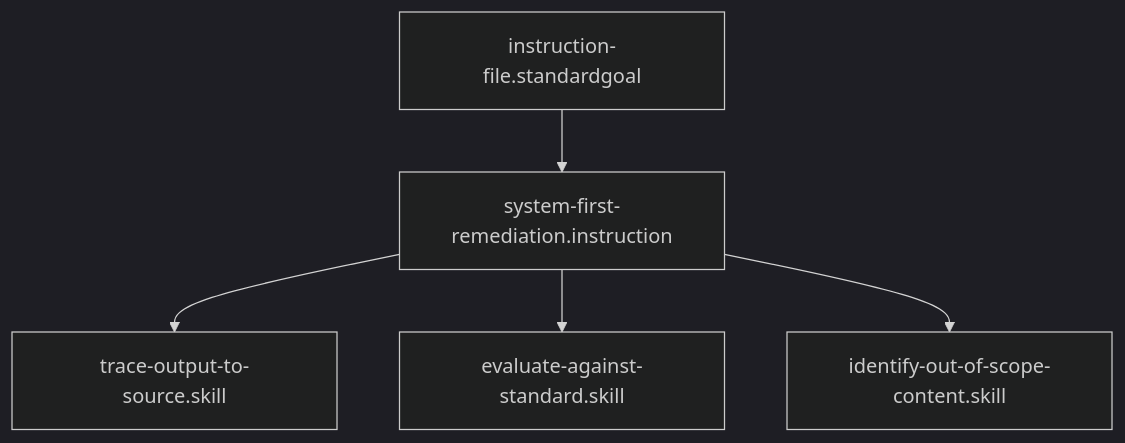
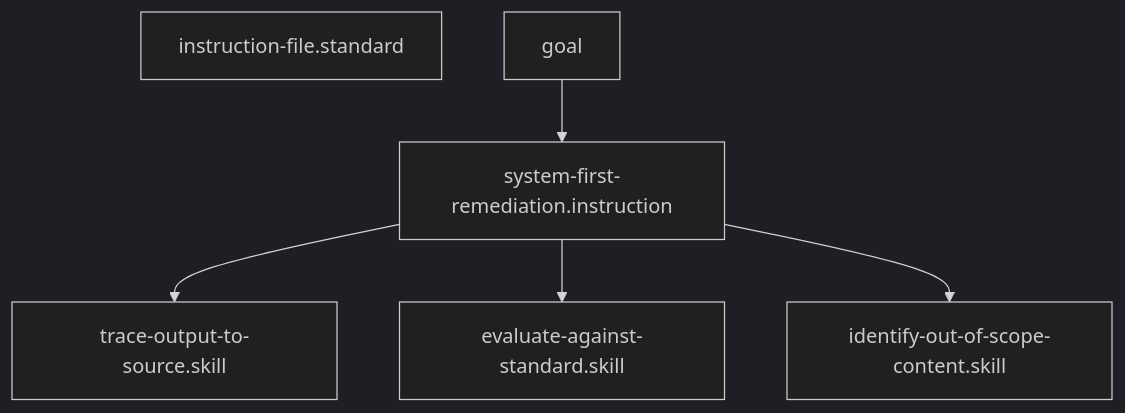
One commit to Gizmo4Life/ai-kernel changed the diagram in instructions/system-first-remediation.instruction.md. Above: the diagram before and after it, drawn with Mermaid (dark theme). The commit also changed other lines of this file and 101 other files, not shown here.

````diff
--- a/instructions/system-first-remediation.instruction.md
+++ b/instructions/system-first-remediation.instruction.md
@@ -23,7 +23,8 @@
 ```mermaid
 graph TD
-    instruction-file.standardgoal --> system-first-remediation.instruction
+    instruction-file.standard
+goal --> system-first-remediation.instruction
     system-first-remediation.instruction --> trace-output-to-source[trace-output-to-source.skill]
     system-first-remediation.instruction --> evaluate-against-standard[evaluate-against-standard.skill]
     system-first-remediation.instruction --> identify-out-of-scope-content[identify-out-of-scope-content.skill]
 ```
````
